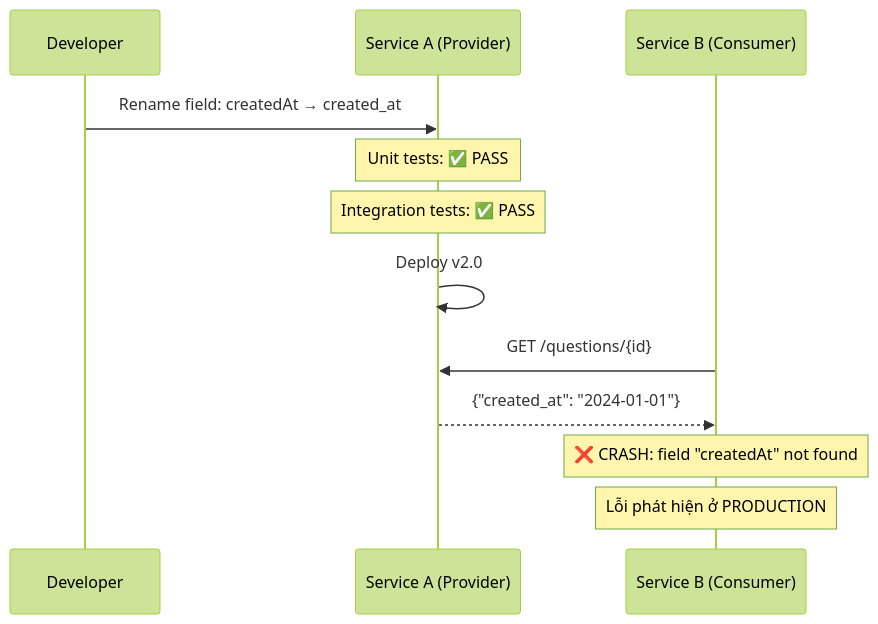
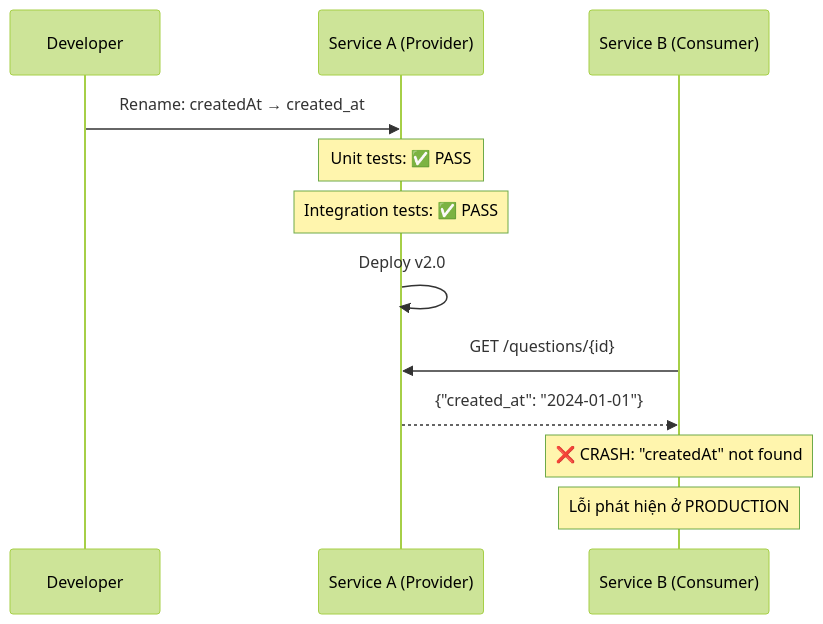
One commit to hungdn1701/ptit-microservice-textbook changed the third of 8 diagrams in manuscript/chapter-10.md. Above: the diagram before and after it, drawn with Mermaid (forest theme). The commit also changed other lines of this file and 13 other files, not shown here.

````diff
--- a/manuscript/chapter-10.md
+++ b/manuscript/chapter-10.md
@@ -301,16 +193,16 @@
 ```mermaid
 sequenceDiagram
     participant Dev as Developer
     participant A as Service A (Provider)
     participant B as Service B (Consumer)
     
-    Dev->>A: Rename field: createdAt → created_at
+    Dev->>A: Rename: createdAt → created_at
     Note over A: Unit tests: ✅ PASS
     Note over A: Integration tests: ✅ PASS
     A->>A: Deploy v2.0
     
     B->>A: GET /questions/{id}
     A-->>B: {"created_at": "2024-01-01"}
-    Note over B: ❌ CRASH: field "createdAt" not found
+    Note over B: ❌ CRASH: "createdAt" not found
     Note over B: Lỗi phát hiện ở PRODUCTION
 ```
````
